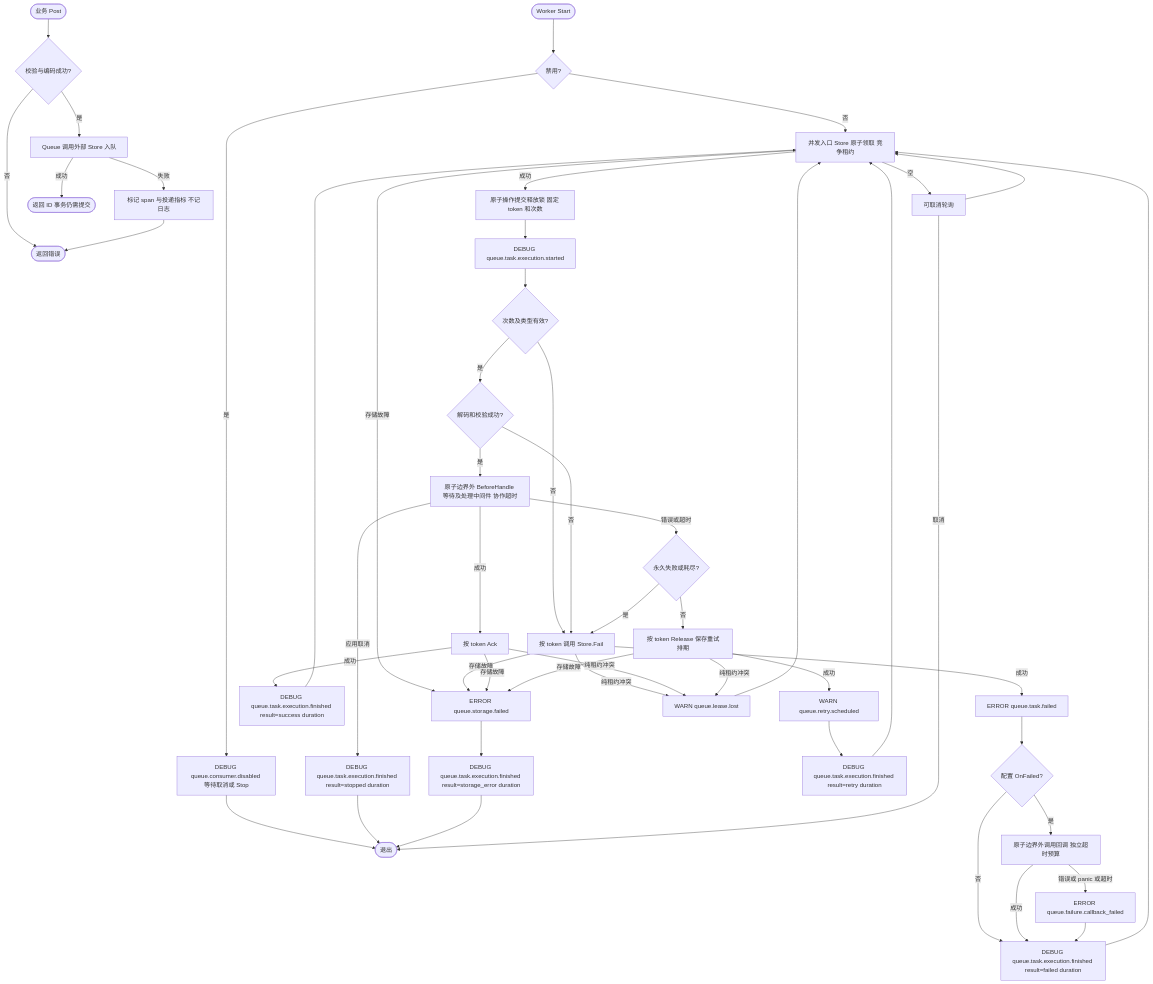
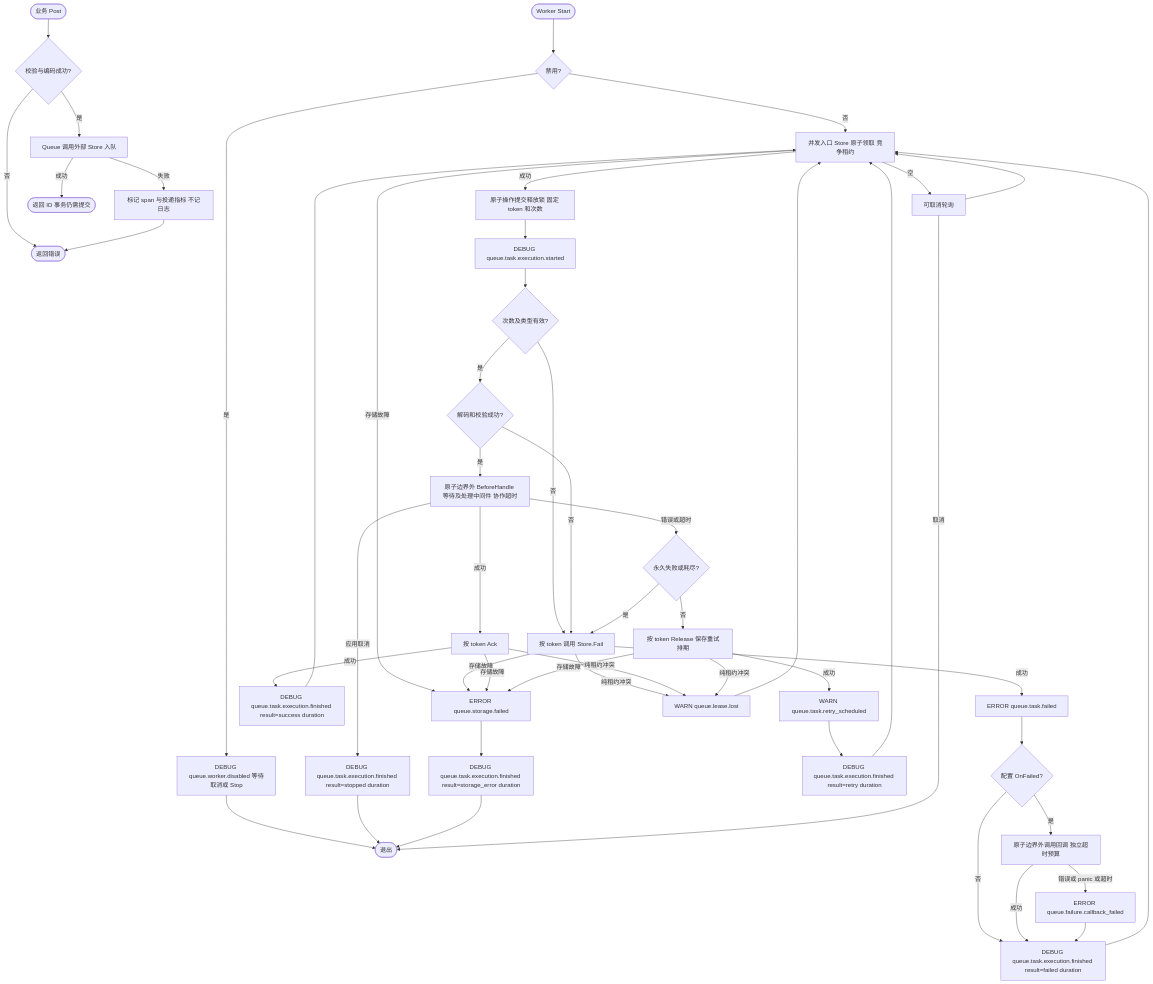
Before and after one commit to jaggerzhuang1994/kratos-foundation: the fourth of 4 diagrams in pkg/queue/typed.md, drawn with Mermaid. The commit also changed other lines of this file and 56 other files, not shown here.

````diff
--- a/pkg/queue/typed.md
+++ b/pkg/queue/typed.md
@@ -182,45 +182,45 @@
 ```mermaid
 flowchart TD
     A([业务 Post]) --> B{校验与编码成功?}
     B -- 否 --> Z([返回错误])
     B -- 是 --> C[Queue 调用外部 Store 入队]
     C -- 失败 --> D[标记 span 与投递指标 不记日志]
     D --> Z
     C -- 成功 --> E([返回 ID 事务仍需提交])
     F([Worker Start]) --> G{禁用?}
-    G -- 是 --> H[DEBUG queue.consumer.disabled 等待取消或 Stop]
+    G -- 是 --> H[DEBUG queue.worker.disabled 等待取消或 Stop]
     H --> END([退出])
     G -- 否 --> I[并发入口 Store 原子领取 竞争租约]
     I -- 空 --> W[可取消轮询]
     W --> I
     I -- 成功 --> J[原子操作提交释放锁 固定 token 和次数]
     J --> JS[DEBUG queue.task.execution.started]
     JS --> K{次数及类型有效?}
     K -- 否 --> FAIL[按 token 调用 Store.Fail]
     K -- 是 --> L{解码和校验成功?}
     L -- 否 --> FAIL
     L -- 是 --> M[原子边界外 BeforeHandle 等待及处理中间件 协作超时]
     M -- 应用取消 --> STOP[DEBUG queue.task.execution.finished result=stopped duration]
     STOP --> END
     M -- 成功 --> ACK[按 token Ack]
     M -- 错误或超时 --> N{永久失败或耗尽?}
     N -- 是 --> FAIL
     N -- 否 --> R[按 token Release 保存重试排期]
-    R -- 成功 --> RL[WARN queue.retry.scheduled]
+    R -- 成功 --> RL[WARN queue.task.retry_scheduled]
     ACK -- 成功 --> AL[DEBUG queue.task.execution.finished result=success duration]
     FAIL -- 成功 --> FL[ERROR queue.task.failed]
     FL --> CB{配置 OnFailed?}
     CB -- 否 --> FF[DEBUG queue.task.execution.finished result=failed duration]
     CB -- 是 --> CALL[原子边界外调用回调 独立超时预算]
     CALL -- 成功 --> FF
     CALL -- 错误或 panic 或超时 --> CL[ERROR queue.failure.callback_failed]
     CL --> FF
     RL --> RF[DEBUG queue.task.execution.finished result=retry duration]
     RF & FF & AL --> I
     I & FAIL & ACK & R -- 存储故障 --> SL[ERROR queue.storage.failed]
     SL --> SF[DEBUG queue.task.execution.finished result=storage_error duration]
     SF --> END
     FAIL & ACK & R -- 纯租约冲突 --> LL[WARN queue.lease.lost]
     LL --> I
     W -- 取消 --> END
 ```
````
